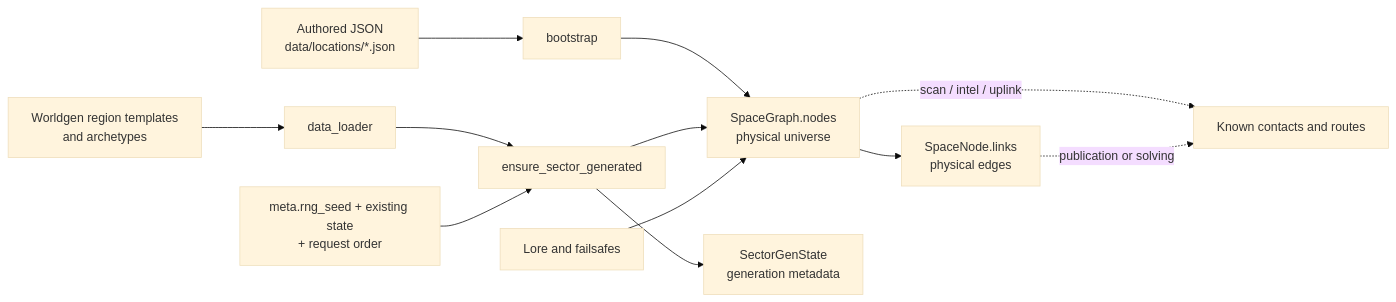
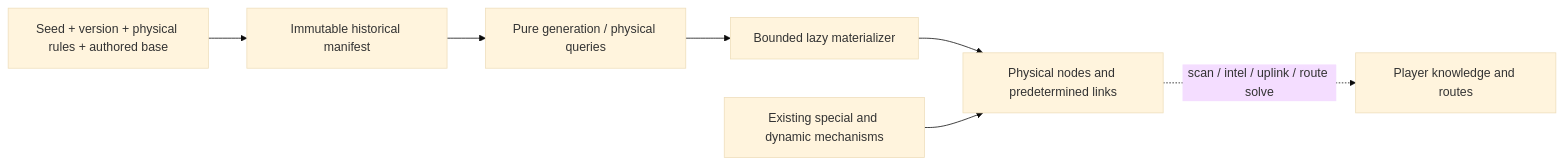
Before and after one commit to jonsande/retorno: the diagram in docs/systems/world-generation.md, drawn with Mermaid (base theme). The commit also changed other lines of this file and 39 other files, not shown here.

Commit message:
feat: integrate stable historical world manifest

````diff
--- a/docs/systems/world-generation.md
+++ b/docs/systems/world-generation.md
@@ -41,14 +18,9 @@
 ```mermaid
 flowchart LR
-    A[Authored JSON<br/>data/locations/*.json] --> B[bootstrap]
-    W[Worldgen region templates<br/>and archetypes] --> L[data_loader]
-    L --> G[ensure_sector_generated]
-    S[meta.rng_seed + existing state<br/>+ request order] --> G
-    B --> P[SpaceGraph.nodes<br/>physical universe]
-    G --> P
-    G --> M[SectorGenState<br/>generation metadata]
-    P --> E[SpaceNode.links<br/>physical edges]
-    P -. scan / intel / uplink .-> K[Known contacts and routes]
-    E -. publication or solving .-> K
-    F[Lore and failsafes] --> P
+    A[Seed + version + physical rules + authored base] --> M[Immutable historical manifest]
+    M --> Q[Pure generation / physical queries]
+    Q --> G[Bounded lazy materializer]
+    G --> P[Physical nodes and predetermined links]
+    P -. scan / intel / uplink / route solve .-> K[Player knowledge and routes]
+    S[Existing special and dynamic mechanisms] --> P
 ```
````
